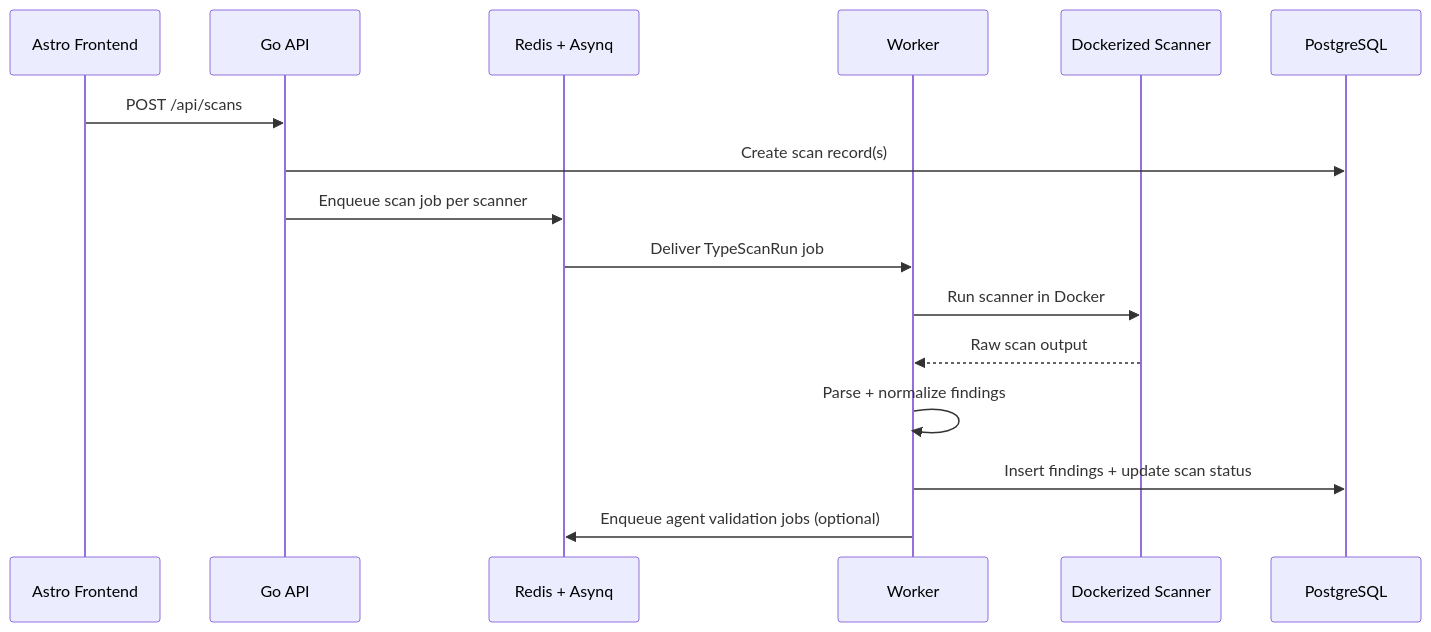
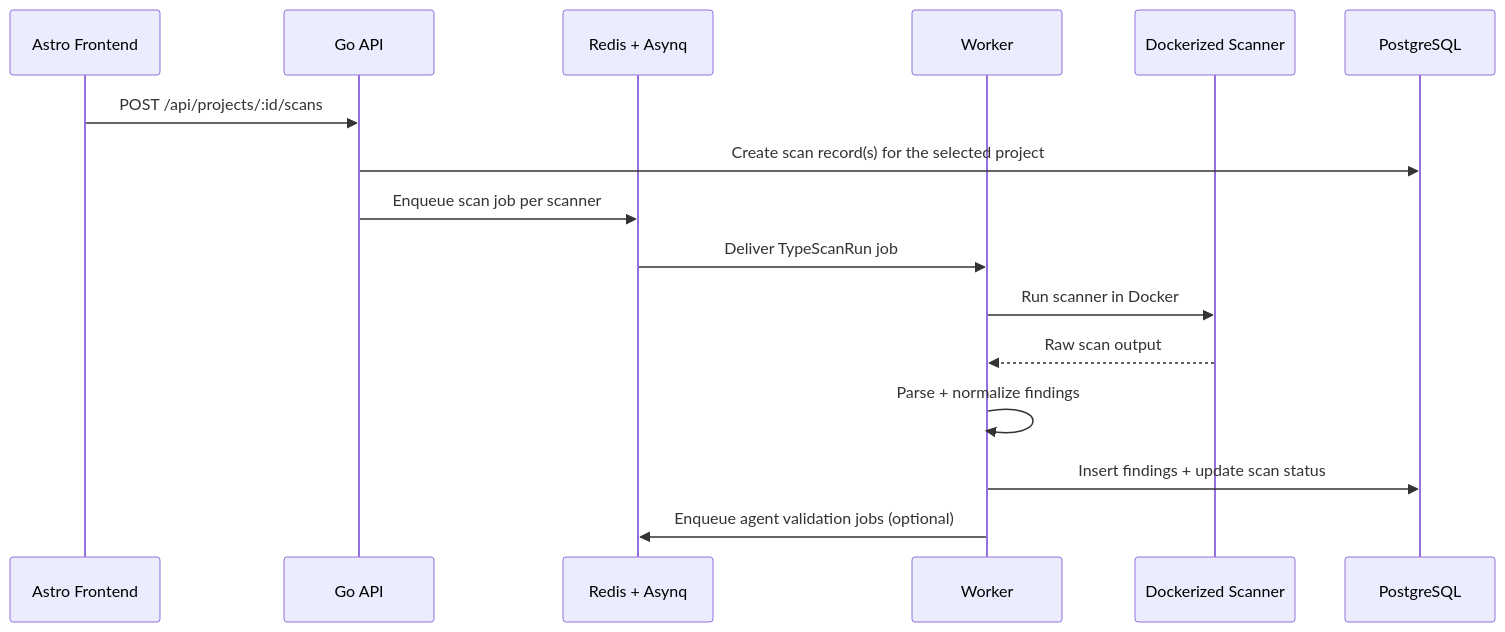
The third of 4 diagrams in README.md (Dyallab/HenKaiPan), drawn with Mermaid before and after one commit. The commit also changed other lines of this file and 57 other files, not shown here.

````diff
--- a/README.md
+++ b/README.md
@@ -85,19 +92,19 @@
 ```mermaid
 sequenceDiagram
     participant Frontend as Astro Frontend
     participant API as Go API
     participant Queue as Redis + Asynq
     participant Worker as Worker
     participant Scanner as Dockerized Scanner
     participant DB as PostgreSQL
 
-    Frontend->>API: POST /api/scans
-    API->>DB: Create scan record(s)
+    Frontend->>API: POST /api/projects/:id/scans
+    API->>DB: Create scan record(s) for the selected project
     API->>Queue: Enqueue scan job per scanner
     Queue->>Worker: Deliver TypeScanRun job
     Worker->>Scanner: Run scanner in Docker
     Scanner-->>Worker: Raw scan output
     Worker->>Worker: Parse + normalize findings
     Worker->>DB: Insert findings + update scan status
     Worker->>Queue: Enqueue agent validation jobs (optional)
 ```
````
